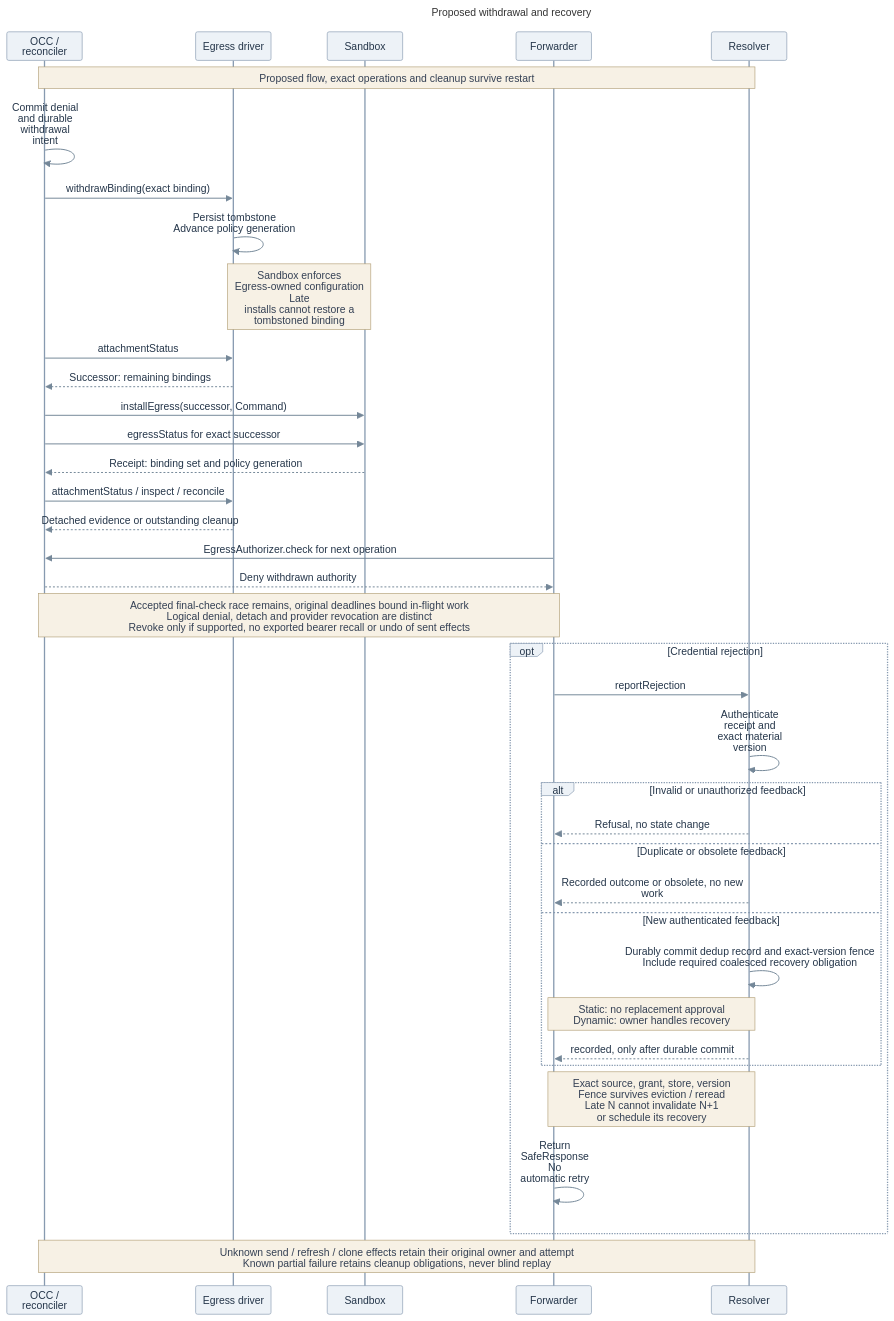
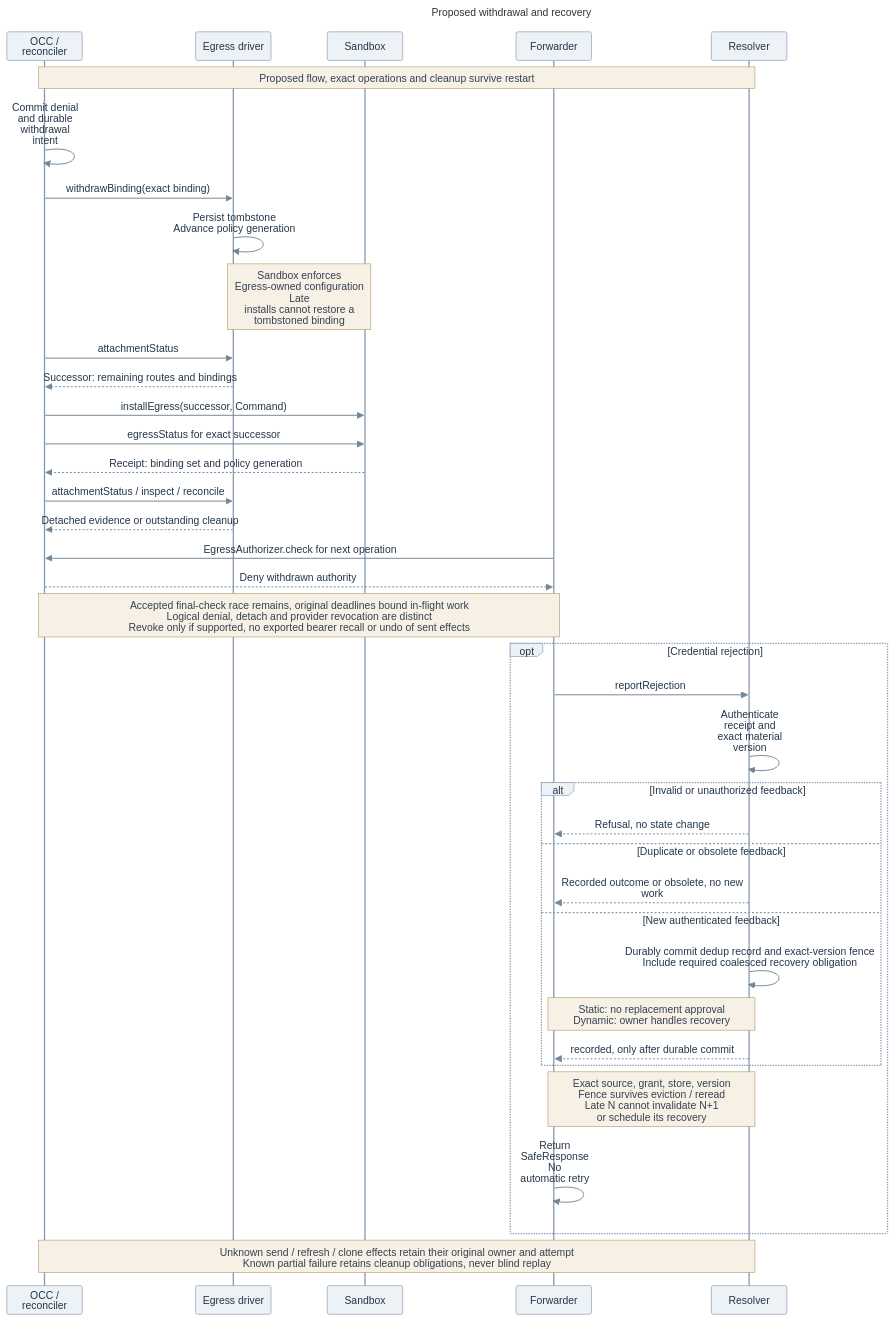
One commit to anmol0b/openclaw-enterprise changed the diagram in specs/rfcs/0020-egress-proxy-credential-lifecycle/assets/revocation-recovery.mmd. Above: the diagram before and after it, drawn with Mermaid. The commit also changed 26 other files, not shown here.

```diff
--- a/specs/rfcs/0020-egress-proxy-credential-lifecycle/assets/revocation-recovery.mmd
+++ b/specs/rfcs/0020-egress-proxy-credential-lifecycle/assets/revocation-recovery.mmd
@@ -1,65 +1,65 @@
 ---
 title: "Proposed withdrawal and recovery"
 config:
   theme: base
   htmlLabels: true
   themeVariables:
     fontFamily: "Arial, sans-serif"
     fontSize: "16px"
     actorBkg: "#EDF2F7"
     actorBorder: "#879AB0"
     actorTextColor: "#25364A"
     noteBkgColor: "#F7F1E5"
     noteBorderColor: "#B3A078"
     noteTextColor: "#344054"
     signalColor: "#748798"
     signalTextColor: "#25364A"
   sequence:
     useMaxWidth: false
     actorMargin: 18
     width: 116
     height: 44
     diagramMarginX: 12
     diagramMarginY: 12
     messageMargin: 16
     noteMargin: 8
     mirrorActors: true
     wrap: true
 ---
 sequenceDiagram
   participant C as OCC / reconciler
   participant E as Egress driver
   participant B as Sandbox
   participant F as Forwarder
   participant R as Resolver
   Note over C,R: Proposed flow, exact operations and cleanup survive restart
   C->>C: Commit denial and durable withdrawal intent
   C->>E: withdrawBinding(exact binding)
   E->>E: Persist tombstone<br/>Advance policy generation
   Note over E,B: Sandbox enforces Egress-owned configuration<br/>Late installs cannot restore a tombstoned binding
   C->>E: attachmentStatus
-  E-->>C: Successor: remaining bindings
+  E-->>C: Successor: remaining routes and bindings
   C->>B: installEgress(successor, Command)
   C->>B: egressStatus for exact successor
   B-->>C: Receipt: binding set and policy generation
   C->>E: attachmentStatus / inspect / reconcile
   E-->>C: Detached evidence or outstanding cleanup
   F->>C: EgressAuthorizer.check for next operation
   C-->>F: Deny withdrawn authority
   Note over C,F: Accepted final-check race remains, original deadlines bound in-flight work<br/>Logical denial, detach and provider revocation are distinct<br/>Revoke only if supported, no exported bearer recall or undo of sent effects
   opt Credential rejection
     F->>R: reportRejection
     R->>R: Authenticate receipt and exact material version
     alt Invalid or unauthorized feedback
       R-->>F: Refusal, no state change
     else Duplicate or obsolete feedback
       R-->>F: Recorded outcome or obsolete, no new work
     else New authenticated feedback
       R->>R: Durably commit dedup record and exact-version fence<br/>Include required coalesced recovery obligation
       Note over F,R: Static: no replacement approval<br/>Dynamic: owner handles recovery
       R-->>F: recorded, only after durable commit
     end
     Note over F,R: Exact source, grant, store, version<br/>Fence survives eviction / reread<br/>Late N cannot invalidate N+1<br/>or schedule its recovery
     F->>F: Return SafeResponse<br/>No automatic retry
   end
   Note over C,R: Unknown send / refresh / clone effects retain their original owner and attempt<br/>Known partial failure retains cleanup obligations, never blind replay
```
